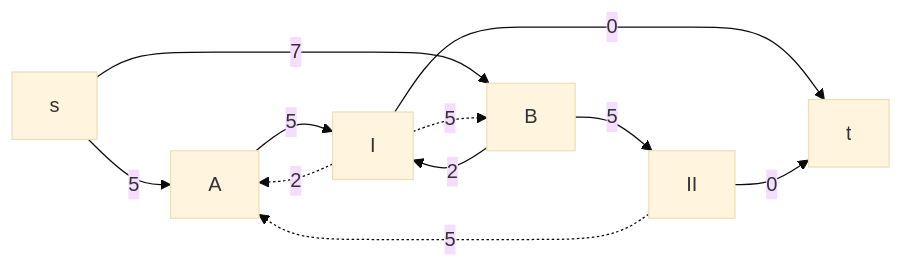
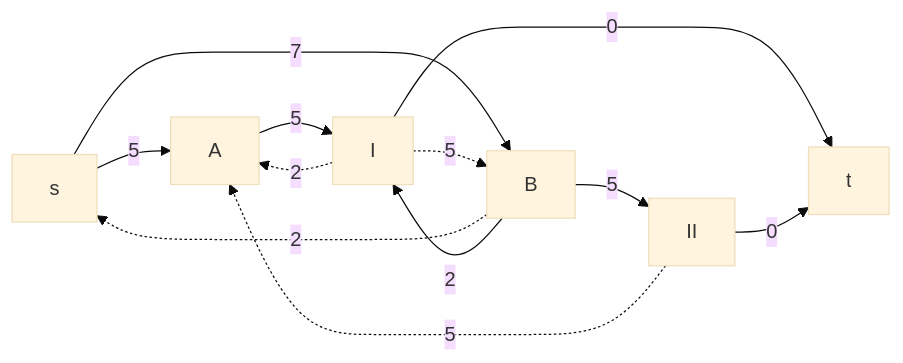
Before and after one commit to hse-algo-24-raven/manual-tasks-raven: the fifth of 8 diagrams in task-11-plus/tbd.md, drawn with Mermaid (base theme). The commit also changed other lines of this file, not shown here.

````diff
--- a/task-11-plus/tbd.md
+++ b/task-11-plus/tbd.md
@@ -75,13 +73,14 @@
 ```mermaid
 graph LR
     s-->|5|A
     s-->|7|B
+    B-.->|2|s
     A-->|5|I
     I-.->|2|A
     II-.->|5|A
     B-->|2|I
     I-.->|5|B
     B-->|5|II
     I-->|0|t
     II-->|0|t
 ```
````
